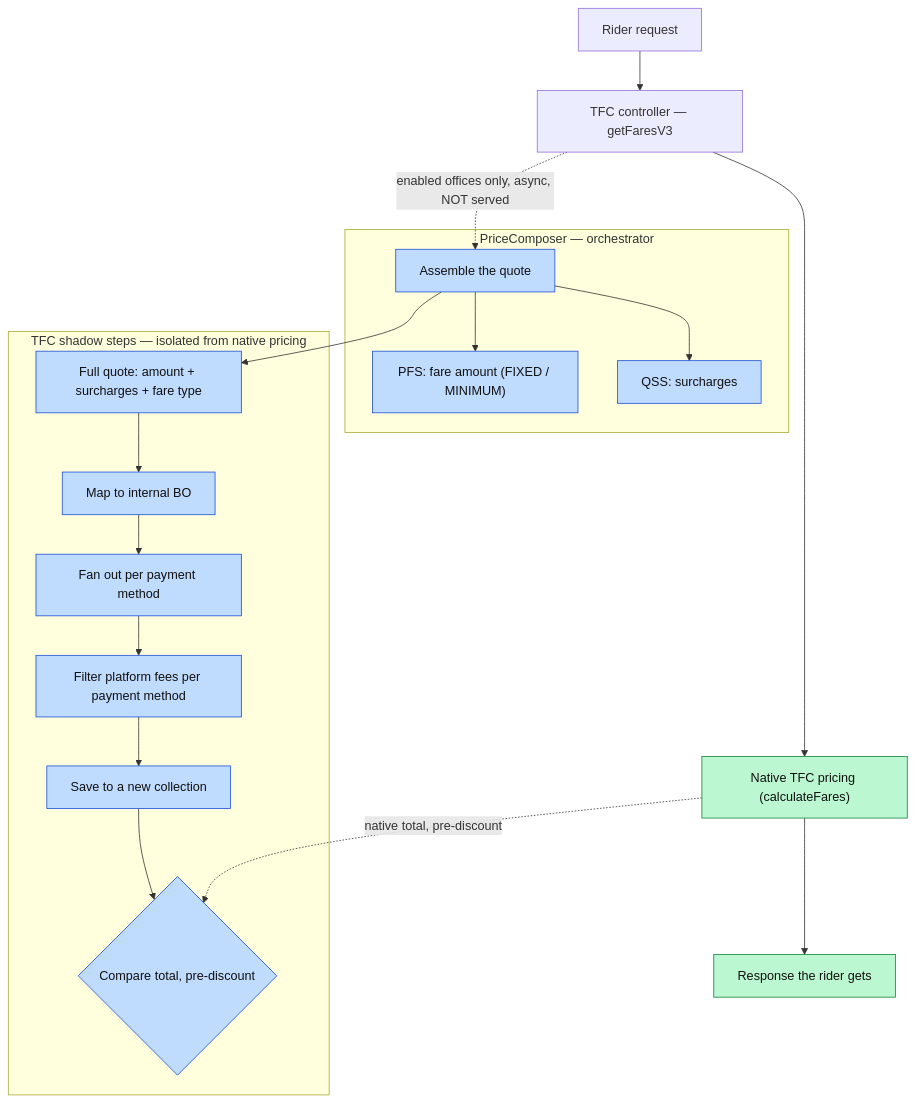
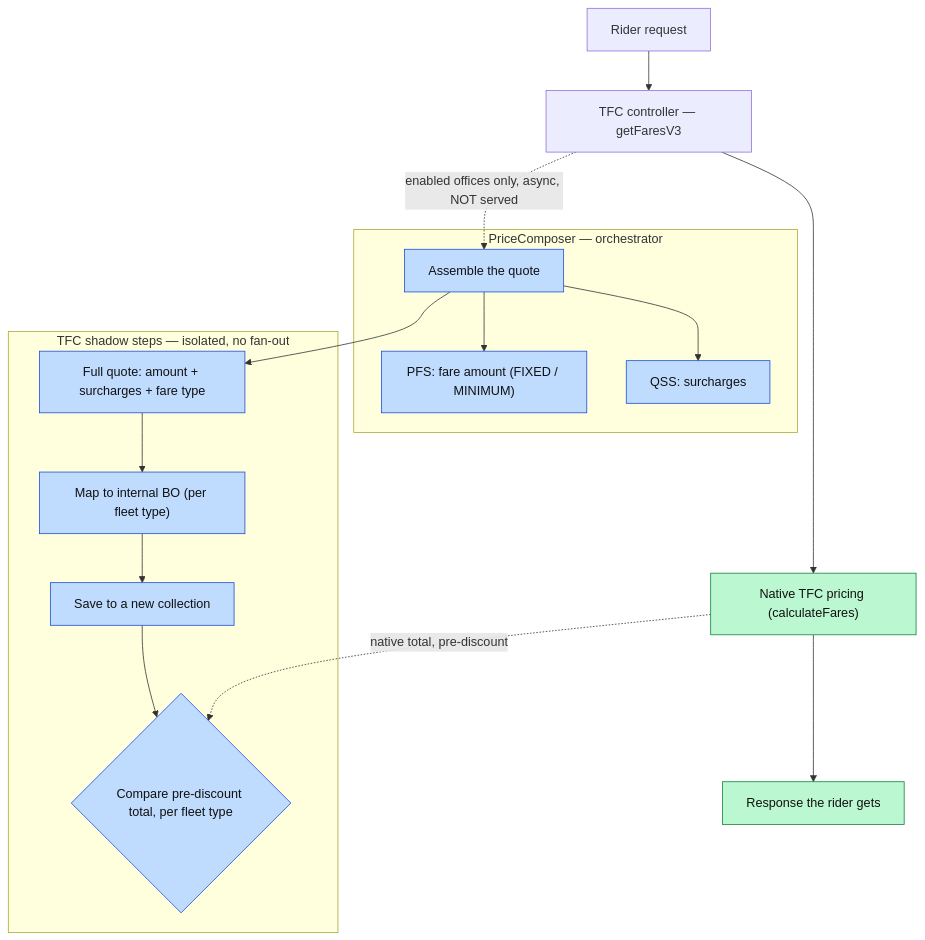
One commit to vimaljames-lyft/Lyft-FN-Rider-Price-Orchestration-Docs changed the first of 2 diagrams in md/pc-predefined-architecture.md. Above: the diagram before and after it, drawn with Mermaid. The commit also changed other lines of this file, not shown here.

````diff
--- a/md/pc-predefined-architecture.md
+++ b/md/pc-predefined-architecture.md
@@ -28,31 +28,29 @@
 ```mermaid
 flowchart TD
     R["Rider request"] --> C["TFC controller — getFaresV3"]
 
     C --> NATIVE["Native TFC pricing (calculateFares)"]
     NATIVE --> RESP["Response the rider gets"]
 
     C -. "enabled offices only, async, NOT served" .-> PC
 
     subgraph PCBOX["PriceComposer — orchestrator"]
       PC["Assemble the quote"]
       PC --> PFS["PFS: fare amount (FIXED / MINIMUM)"]
       PC --> QSS["QSS: surcharges"]
     end
     PC --> DTO["Full quote: amount + surcharges + fare type"]
 
-    subgraph SHADOW["TFC shadow steps — isolated from native pricing"]
-      DTO --> BO["Map to internal BO"]
-      BO --> FAN["Fan out per payment method"]
-      FAN --> FEE["Filter platform fees per payment method"]
-      FEE --> STORE["Save to a new collection"]
-      STORE --> CMP{"Compare total, pre-discount"}
+    subgraph SHADOW["TFC shadow steps — isolated, no fan-out"]
+      DTO --> BO["Map to internal BO (per fleet type)"]
+      BO --> STORE["Save to a new collection"]
+      STORE --> CMP{"Compare pre-discount total, per fleet type"}
     end
 
     NATIVE -. "native total, pre-discount" .-> CMP
 
     classDef served fill:#bbf7d0,stroke:#15803d,color:#111;
     classDef shadow fill:#bfdbfe,stroke:#1d4ed8,color:#111;
     class NATIVE,RESP served;
-    class PC,PFS,QSS,DTO,BO,FAN,FEE,STORE,CMP shadow;
+    class PC,PFS,QSS,DTO,BO,STORE,CMP shadow;
 ```
````
